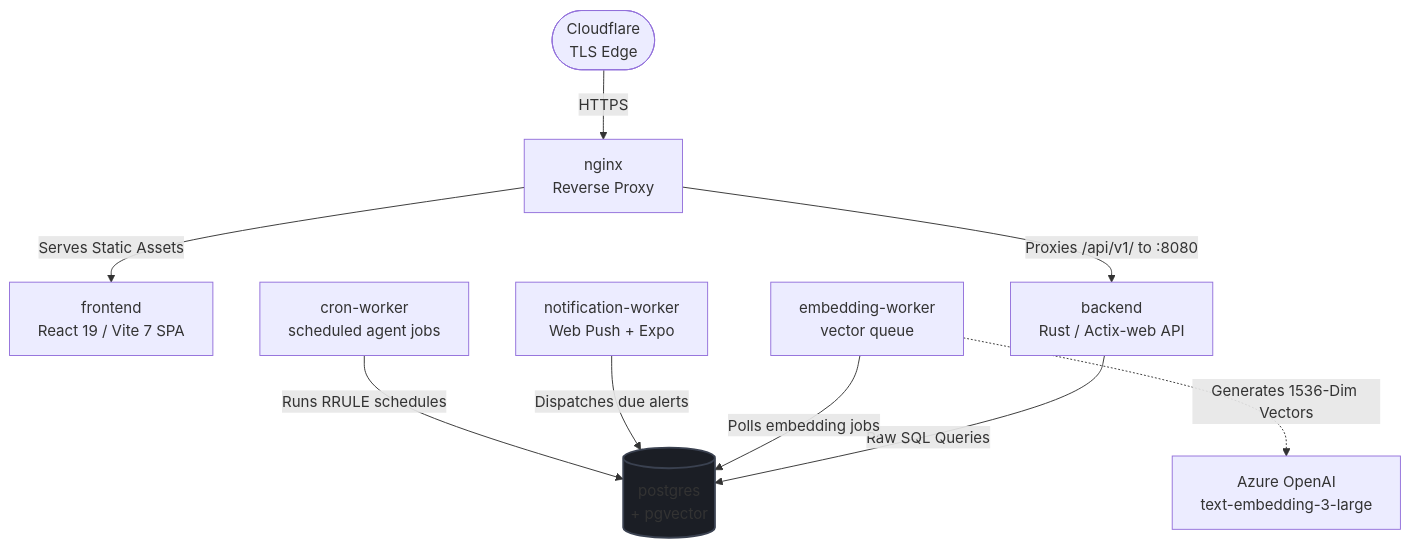
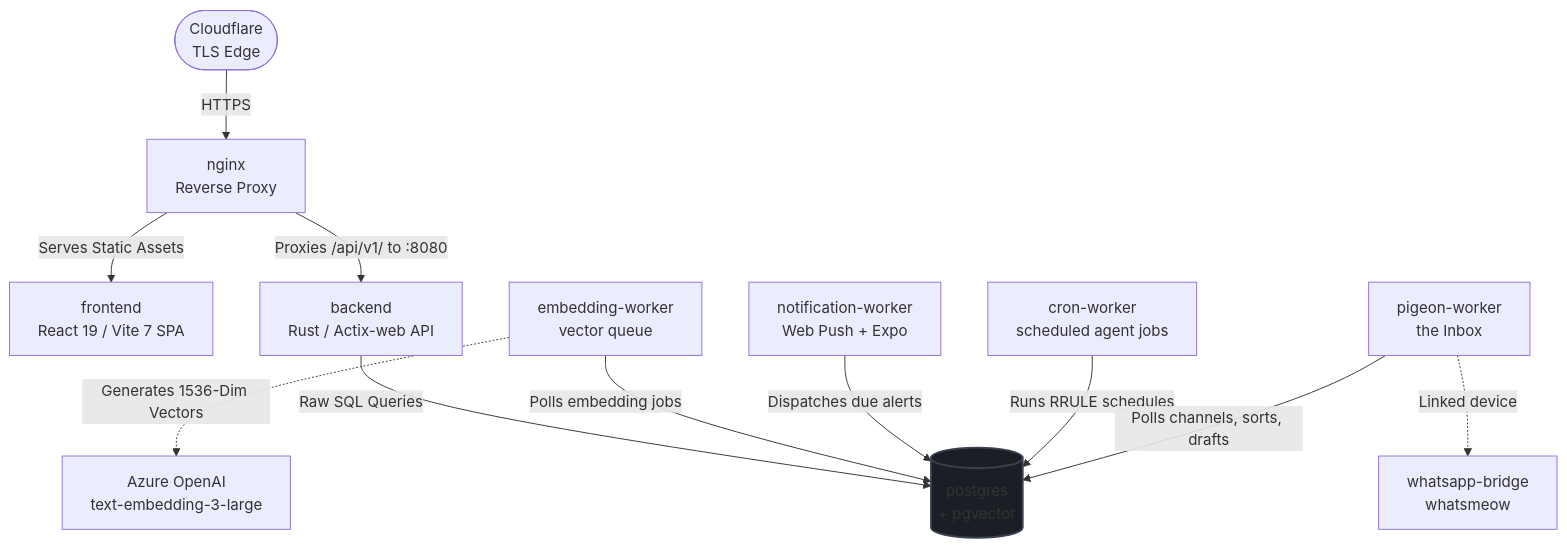
Before and after one commit to frdcmp/piuma-vault: the first of 2 diagrams in README.md, drawn with Mermaid. The commit also changed other lines of this file and 92 other files, not shown here.

First line of the commit message:
feat(pigeon): the Inbox — WhatsApp, Instagram and Gmail in one place, with Pigeon's drafts and cards

````diff
--- a/README.md
+++ b/README.md
@@ -162,18 +170,20 @@
 ```mermaid
 flowchart TD
     CF([Cloudflare <br/> TLS Edge]) -->|HTTPS| Nginx[nginx <br/> Reverse Proxy]
 
     Nginx -->|Serves Static Assets| FE[frontend <br/> React 19 / Vite 7 SPA]
     Nginx -->|Proxies /api/v1/ to :8080| BE[backend <br/> Rust / Actix-web API]
 
     BE -->|Raw SQL Queries| DB[(postgres <br/> + pgvector)]
 
     %% Background workers poll the database for jobs and due alerts
     Worker[embedding-worker <br/> vector queue] -->|Polls embedding jobs| DB
     Worker -.->|Generates 1536-Dim Vectors| AO[Azure OpenAI <br/> text-embedding-3-large]
     NW[notification-worker <br/> Web Push + Expo] -->|Dispatches due alerts| DB
     CW[cron-worker <br/> scheduled agent jobs] -->|Runs RRULE schedules| DB
+    PW[pigeon-worker <br/> the Inbox] -->|Polls channels, sorts, drafts| DB
+    PW -.->|Linked device| WA[whatsapp-bridge <br/> whatsmeow]
 
     classDef store fill:#1b1e25,stroke:#3a4150,stroke-width:2px;
     class DB store;
 ```
````
